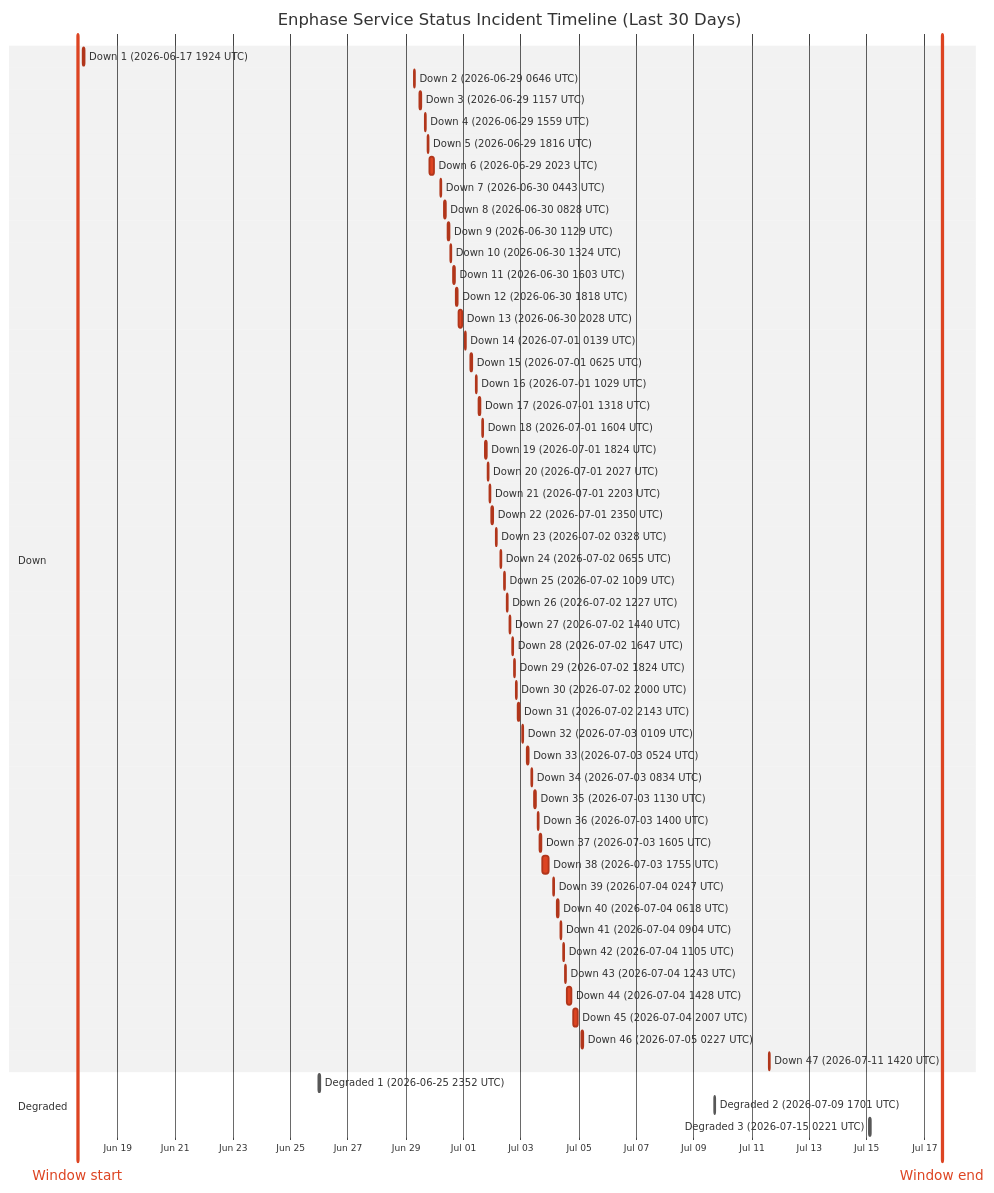
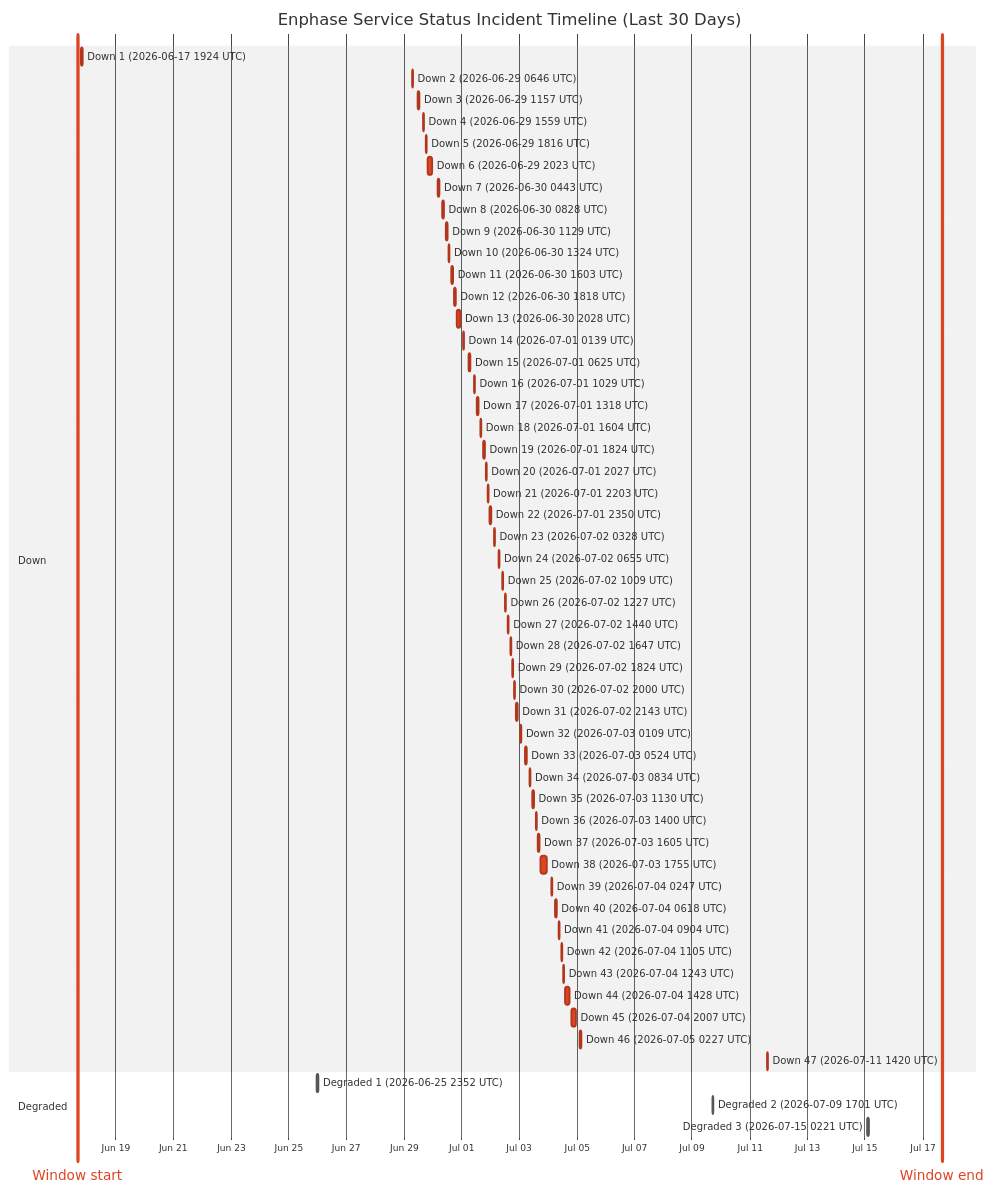
One commit to barneyonline/ha-enphase-energy changed the diagram in wiki/Service-Status-History.md. Above: the diagram before and after it, drawn with Mermaid (neutral theme). The commit also changed other lines of this file and 3 other files, not shown here.

````diff
--- a/wiki/Service-Status-History.md
+++ b/wiki/Service-Status-History.md
@@ -14,60 +14,60 @@
 ```mermaid
 gantt
     title Enphase Service Status Incident Timeline (Last 30 Days)
     dateFormat  YYYY-MM-DDTHH:mm:ss
     axisFormat  %b %d
-    Window start :vert, window-start, 2026-06-17T14:42:36, 0ms
-    Window end :vert, window-end, 2026-07-17T14:42:36, 0ms
+    Window start :vert, window-start, 2026-06-17T16:14:21, 0ms
+    Window end :vert, window-end, 2026-07-17T16:14:21, 0ms
     section Down
     Down 1 (2026-06-17 1924 UTC) :crit, down-1, 2026-06-17T19:24:51, 60m
     Down 2 (2026-06-29 0646 UTC) :crit, down-2, 2026-06-29T06:46:18, 60m
     Down 3 (2026-06-29 1157 UTC) :crit, down-3, 2026-06-29T11:57:36, 60m
     Down 4 (2026-06-29 1559 UTC) :crit, down-4, 2026-06-29T15:59:02, 60m
     Down 5 (2026-06-29 1816 UTC) :crit, down-5, 2026-06-29T18:16:38, 60m
     Down 6 (2026-06-29 2023 UTC) :crit, down-6, 2026-06-29T20:23:16, 220m
     Down 7 (2026-06-30 0443 UTC) :crit, down-7, 2026-06-30T04:43:54, 60m
     Down 8 (2026-06-30 0828 UTC) :crit, down-8, 2026-06-30T08:28:43, 60m
     Down 9 (2026-06-30 1129 UTC) :crit, down-9, 2026-06-30T11:29:15, 60m
     Down 10 (2026-06-30 1324 UTC) :crit, down-10, 2026-06-30T13:24:25, 60m
     Down 11 (2026-06-30 1603 UTC) :crit, down-11, 2026-06-30T16:03:26, 60m
     Down 12 (2026-06-30 1818 UTC) :crit, down-12, 2026-06-30T18:18:39, 60m
     Down 13 (2026-06-30 2028 UTC) :crit, down-13, 2026-06-30T20:28:54, 171m
     Down 14 (2026-07-01 0139 UTC) :crit, down-14, 2026-07-01T01:39:18, 60m
     Down 15 (2026-07-01 0625 UTC) :crit, down-15, 2026-07-01T06:25:35, 60m
     Down 16 (2026-07-01 1029 UTC) :crit, down-16, 2026-07-01T10:29:24, 60m
     Down 17 (2026-07-01 1318 UTC) :crit, down-17, 2026-07-01T13:18:31, 60m
     Down 18 (2026-07-01 1604 UTC) :crit, down-18, 2026-07-01T16:04:29, 60m
     Down 19 (2026-07-01 1824 UTC) :crit, down-19, 2026-07-01T18:24:21, 60m
     Down 20 (2026-07-01 2027 UTC) :crit, down-20, 2026-07-01T20:27:17, 60m
     Down 21 (2026-07-01 2203 UTC) :crit, down-21, 2026-07-01T22:03:46, 60m
     Down 22 (2026-07-01 2350 UTC) :crit, down-22, 2026-07-01T23:50:52, 60m
     Down 23 (2026-07-02 0328 UTC) :crit, down-23, 2026-07-02T03:28:33, 60m
     Down 24 (2026-07-02 0655 UTC) :crit, down-24, 2026-07-02T06:55:07, 60m
     Down 25 (2026-07-02 1009 UTC) :crit, down-25, 2026-07-02T10:09:15, 60m
     Down 26 (2026-07-02 1227 UTC) :crit, down-26, 2026-07-02T12:27:49, 60m
     Down 27 (2026-07-02 1440 UTC) :crit, down-27, 2026-07-02T14:40:53, 60m
     Down 28 (2026-07-02 1647 UTC) :crit, down-28, 2026-07-02T16:47:47, 60m
     Down 29 (2026-07-02 1824 UTC) :crit, down-29, 2026-07-02T18:24:26, 60m
     Down 30 (2026-07-02 2000 UTC) :crit, down-30, 2026-07-02T20:00:57, 60m
     Down 31 (2026-07-02 2143 UTC) :crit, down-31, 2026-07-02T21:43:52, 80m
     Down 32 (2026-07-03 0109 UTC) :crit, down-32, 2026-07-03T01:09:19, 60m
     Down 33 (2026-07-03 0524 UTC) :crit, down-33, 2026-07-03T05:24:23, 60m
     Down 34 (2026-07-03 0834 UTC) :crit, down-34, 2026-07-03T08:34:05, 60m
     Down 35 (2026-07-03 1130 UTC) :crit, down-35, 2026-07-03T11:30:41, 60m
     Down 36 (2026-07-03 1400 UTC) :crit, down-36, 2026-07-03T14:00:48, 60m
     Down 37 (2026-07-03 1605 UTC) :crit, down-37, 2026-07-03T16:05:49, 60m
     Down 38 (2026-07-03 1755 UTC) :crit, down-38, 2026-07-03T17:55:54, 338m
     Down 39 (2026-07-04 0247 UTC) :crit, down-39, 2026-07-04T02:47:22, 60m
     Down 40 (2026-07-04 0618 UTC) :crit, down-40, 2026-07-04T06:18:09, 60m
     Down 41 (2026-07-04 0904 UTC) :crit, down-41, 2026-07-04T09:04:41, 60m
     Down 42 (2026-07-04 1105 UTC) :crit, down-42, 2026-07-04T11:05:21, 60m
     Down 43 (2026-07-04 1243 UTC) :crit, down-43, 2026-07-04T12:43:25, 60m
     Down 44 (2026-07-04 1428 UTC) :crit, down-44, 2026-07-04T14:28:07, 243m
     Down 45 (2026-07-04 2007 UTC) :crit, down-45, 2026-07-04T20:07:50, 206m
     Down 46 (2026-07-05 0227 UTC) :crit, down-46, 2026-07-05T02:27:32, 109m
     Down 47 (2026-07-11 1420 UTC) :crit, down-47, 2026-07-11T14:20:54, 69m
     section Degraded
     Degraded 1 (2026-06-25 2352 UTC) :active, degraded-1, 2026-06-25T23:52:01, 60m
     Degraded 2 (2026-07-09 1701 UTC) :active, degraded-2, 2026-07-09T17:01:02, 60m
     Degraded 3 (2026-07-15 0221 UTC) :active, degraded-3, 2026-07-15T02:21:35, 60m
 ```
````
